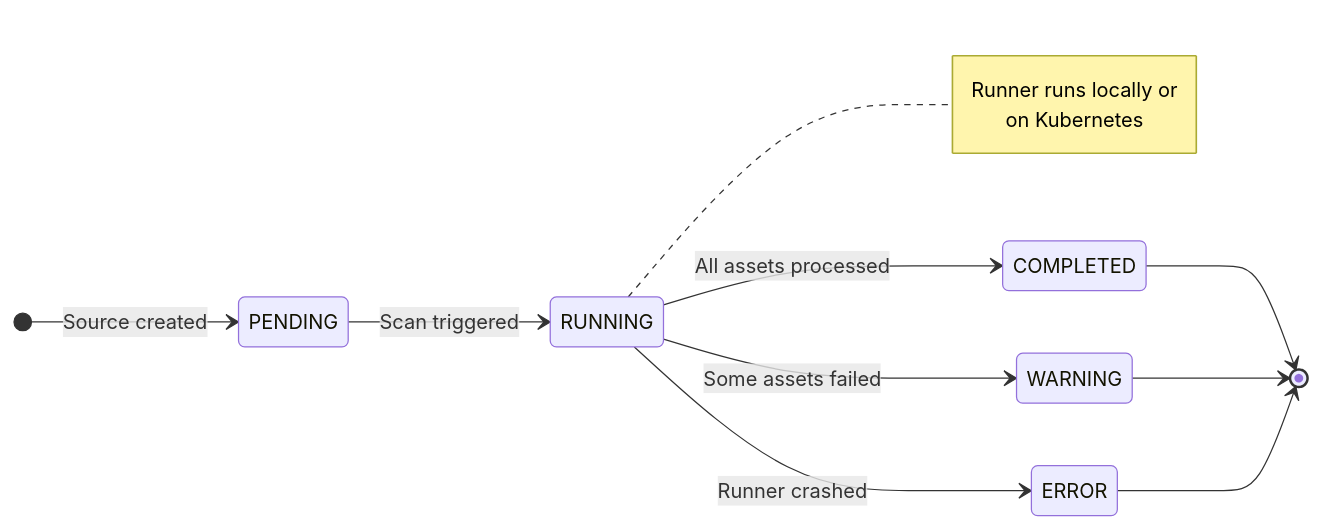
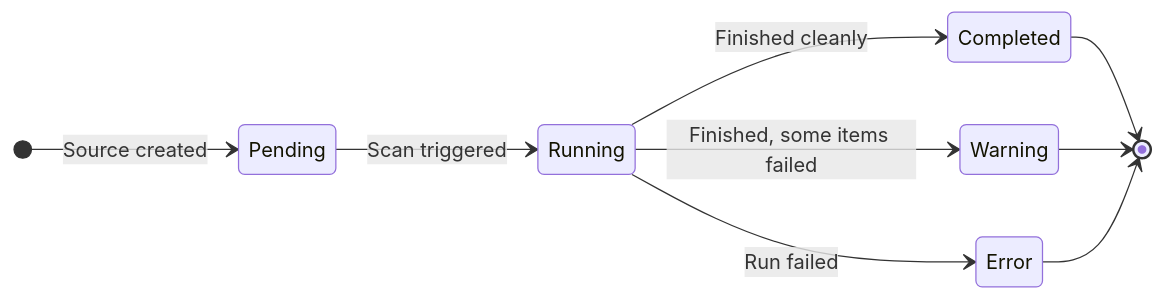
The second of 4 diagrams in apps/docs/app/flow/page.mdx (classifyre/classifyre), drawn with Mermaid before and after one commit. The commit also changed other lines of this file and 31 other files, not shown here.

````diff
--- a/apps/docs/app/flow/page.mdx
+++ b/apps/docs/app/flow/page.mdx
@@ -42,17 +34,12 @@
 ```mermaid
 stateDiagram-v2
     direction LR
-    [*] --> PENDING: Source created
-    PENDING --> RUNNING: Scan triggered
-    RUNNING --> COMPLETED: All assets processed
-    RUNNING --> WARNING: Some assets failed
-    RUNNING --> ERROR: Runner crashed
-    COMPLETED --> [*]
-    WARNING --> [*]
-    ERROR --> [*]
-
-    note right of RUNNING
-        Runner runs locally or
-        on Kubernetes
-    end note
+    [*] --> Pending: Source created
+    Pending --> Running: Scan triggered
+    Running --> Completed: Finished cleanly
+    Running --> Warning: Finished, some items failed
+    Running --> Error: Run failed
+    Completed --> [*]
+    Warning --> [*]
+    Error --> [*]
 ```
````
